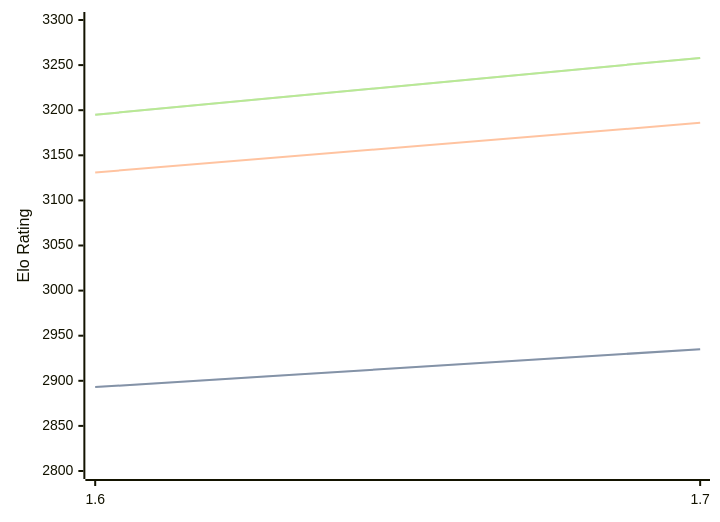
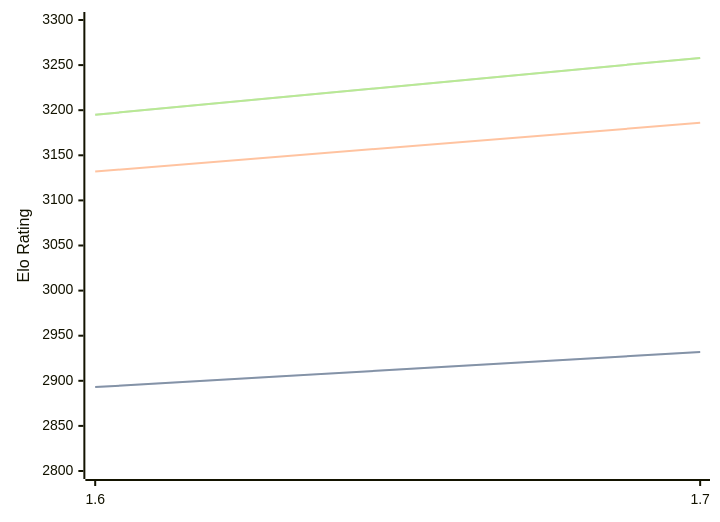
Before and after one commit to computer-chess-index/cci: the diagram in engines/Bitbit.md, drawn with Mermaid. The commit also changed other lines of this file, not shown here.

````diff
--- a/engines/Bitbit.md
+++ b/engines/Bitbit.md
@@ -32,11 +32,11 @@
 ```mermaid
 %%{init: {"theme":"base","themeVariables":{"seriesColors:['#a3a3a3','#222221','#faa371']}}}%%
 xychart-beta
   x-axis ["1.6", "1.7"]
   y-axis "Elo Rating" 2800 --> 3300
-  line "STC (8.0+0.08s)" [2893, 2935]
-  line "STC (8.0+0.08s)" [2893, 2935]
-  line "LTC (60.0+0.60s)" [3131, 3186]
+  line "STC (8.0+0.08s)" [2893, 2932]
+  line "STC (8.0+0.08s)" [2893, 2932]
+  line "LTC (60.0+0.60s)" [3132, 3186]
   line "VLTC (2m24s+1.12s)" [3195, 3258]
   line "VLTC (2m24s+1.12s)" [3195, 3258]
 ```
````
